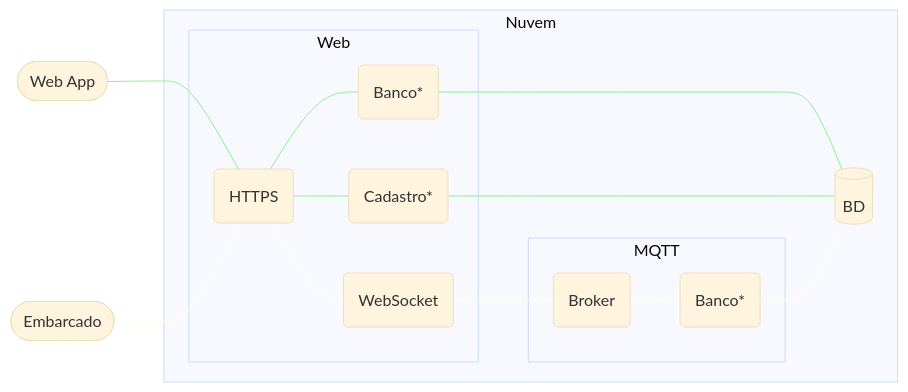
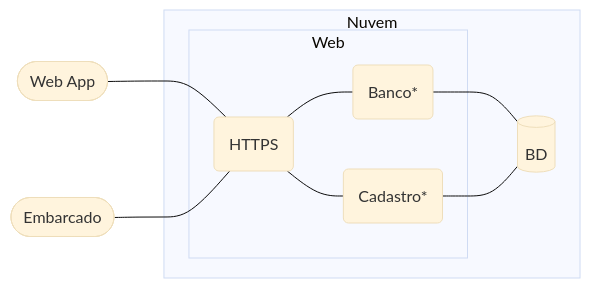
Before and after one commit to gabrieledecarvalho/frontend: the diagram in README.md, drawn with Mermaid (base theme). The commit also changed other lines of this file, not shown here.

Commit message:
Atualizar os requisitos do sistema

````diff
--- a/README.md
+++ b/README.md
@@ -27,33 +29,22 @@
 ```mermaid
 flowchart LR
     WebApp([Web App])
     Embarcado([Embarcado])
+
     subgraph Nuvem
         subgraph Web
             HTTPS(HTTPS)
-            WS(WebSocket)
             Cadastro(Cadastro*)
-            Banco0(Banco*)
-        end
-        subgraph MQTT
-            Broker(Broker)
-            Banco1(Banco*)
+            Banco(Banco*)
         end
         BD[(BD)]
     end
 
     WebApp --- HTTPS
     HTTPS --- Cadastro
-    HTTPS --- Banco0
-    Banco0 --- BD
+    HTTPS --- Banco
+    Banco --- BD
     Cadastro --- BD
 
     Embarcado --- HTTPS
-    HTTPS --- WS
-    WS --- Broker
-    Broker --- Banco1
-    Banco1 --- BD
-
-    linkStyle 0,1,2,3,4 stroke:lightgreen
-    linkStyle 5,6,7,8,9 stroke:lightyellow
 ```
````
